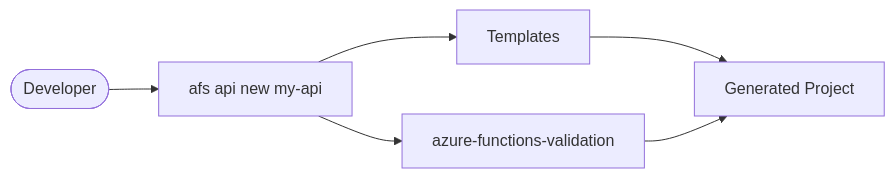
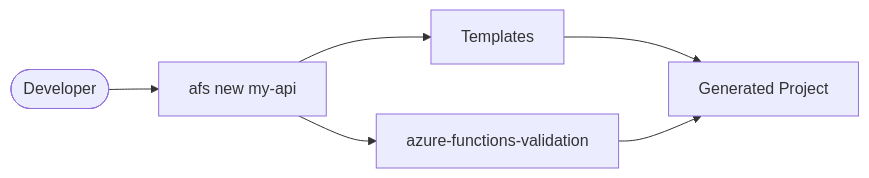
One commit to yeongseon/azure-functions-scaffold changed the diagram in README.md. Above: the diagram before and after it, drawn with Mermaid. The commit also changed other lines of this file and 4 other files, not shown here.

````diff
--- a/README.md
+++ b/README.md
@@ -21,14 +21,14 @@
 ```mermaid
 flowchart LR
     Dev(["Developer"])
-    CLI["afs api new my-api"]
+    CLI["afs new my-api"]
     T["Templates"]
     P["Generated Project"]
     VAL["azure-functions-validation"]
 
     Dev --> CLI
     CLI --> T
     T --> P
     CLI --> VAL
     VAL --> P
 ```
````
